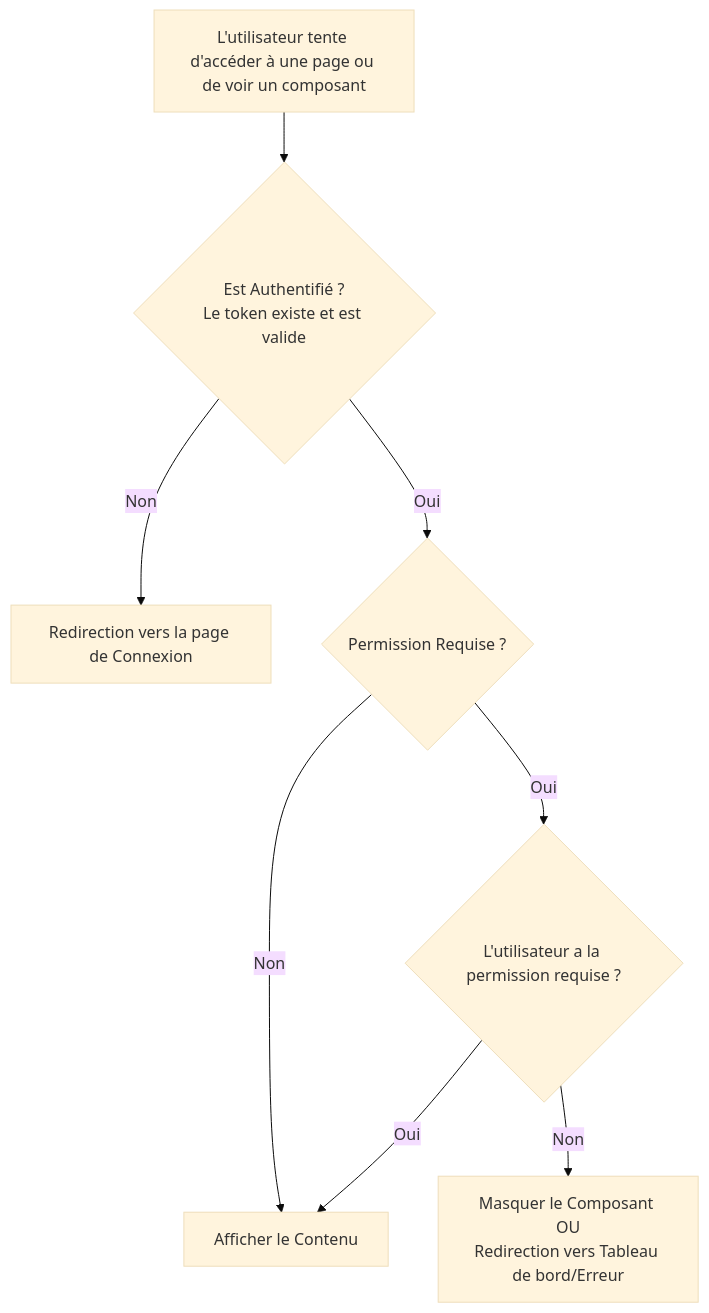
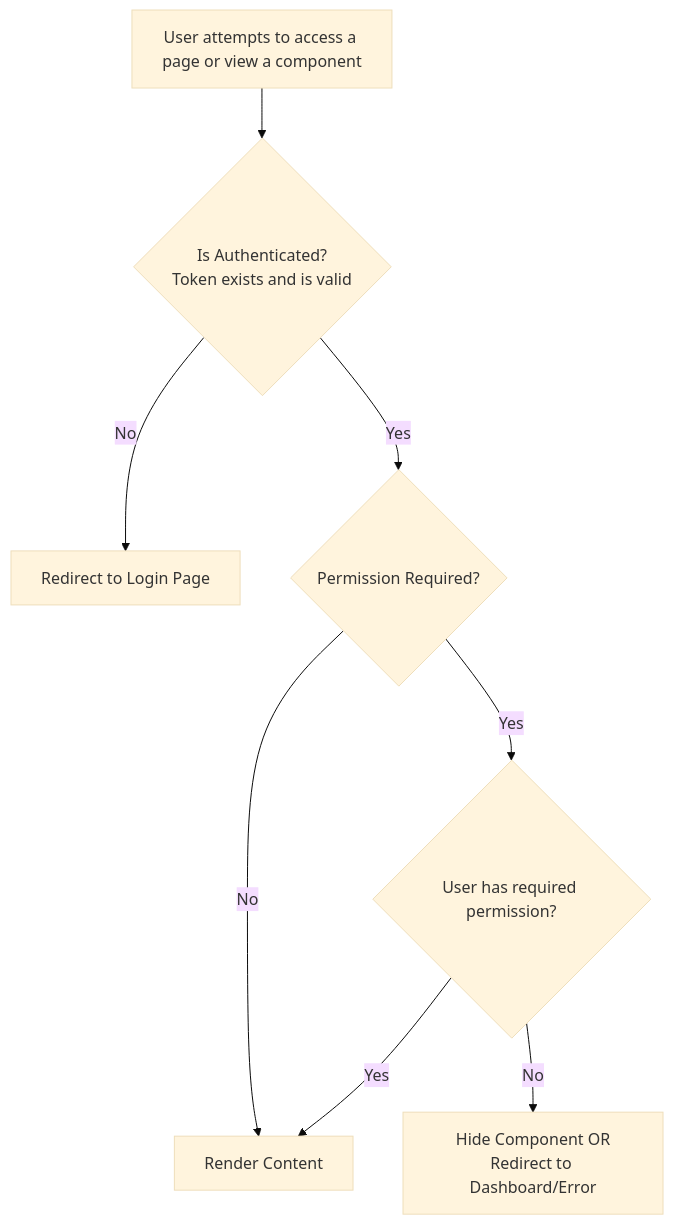
The fifth of 5 diagrams in 15Aug.md (HarcheSamir/esisba-lirmm-ecommerce), drawn with Mermaid (base theme) before and after one commit. The commit also changed other lines of this file, not shown here.

````diff
--- a/15Aug.md
+++ b/15Aug.md
@@ -181,10 +181,10 @@
 ```mermaid
 graph TD
-    A[L'utilisateur tente d'accéder à une page ou de voir un composant] --> B{Est Authentifié ?<br/>Le token existe et est valide};
-    B -- Non --> C[Redirection vers la page de Connexion];
-    B -- Oui --> D{Permission Requise ?};
-    D -- Non --> F[Afficher le Contenu];
-    D -- Oui --> E{L'utilisateur a la permission requise ?};
-    E -- Non --> G[Masquer le Composant OU<br/>Redirection vers Tableau de bord/Erreur];
-    E -- Oui --> F;
+    A[User attempts to access a page or view a component] --> B{Is Authenticated?<br/>Token exists and is valid};
+    B -- No --> C[Redirect to Login Page];
+    B -- Yes --> D{Permission Required?};
+    D -- No --> F[Render Content];
+    D -- Yes --> E{User has required permission?};
+    E -- No --> G[Hide Component OR<br/>Redirect to Dashboard/Error];
+    E -- Yes --> F;
 ```
````
